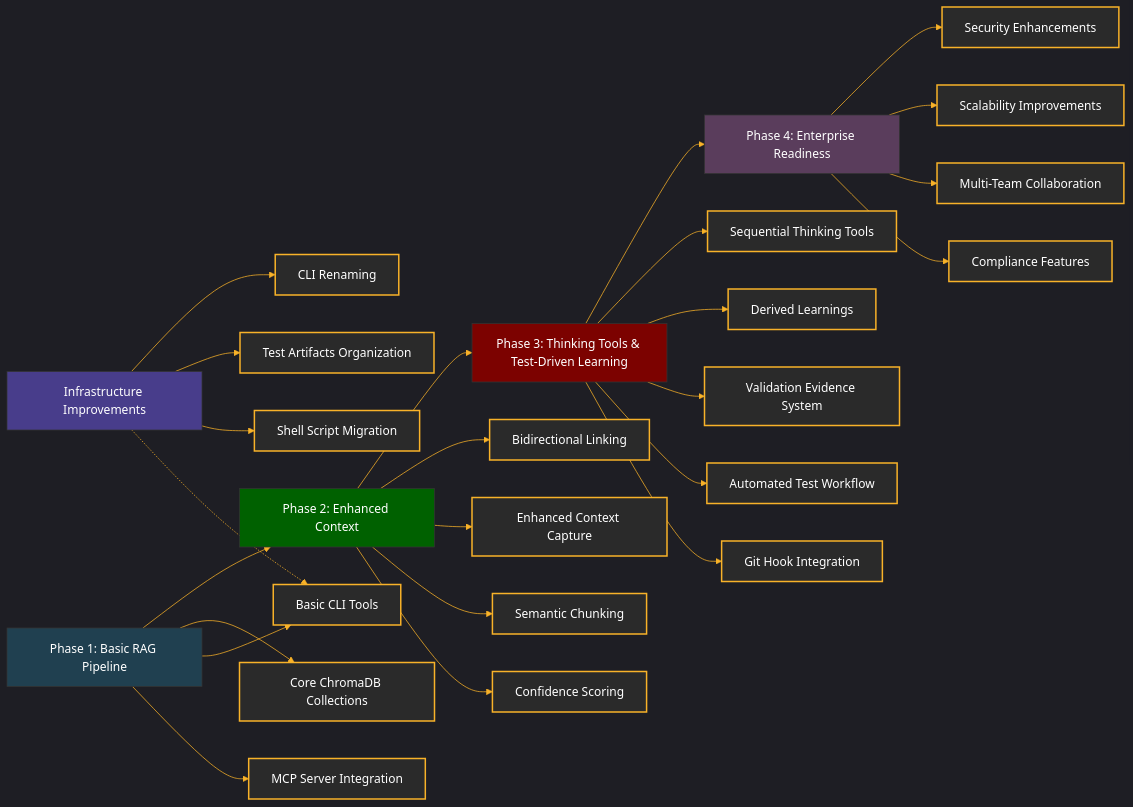
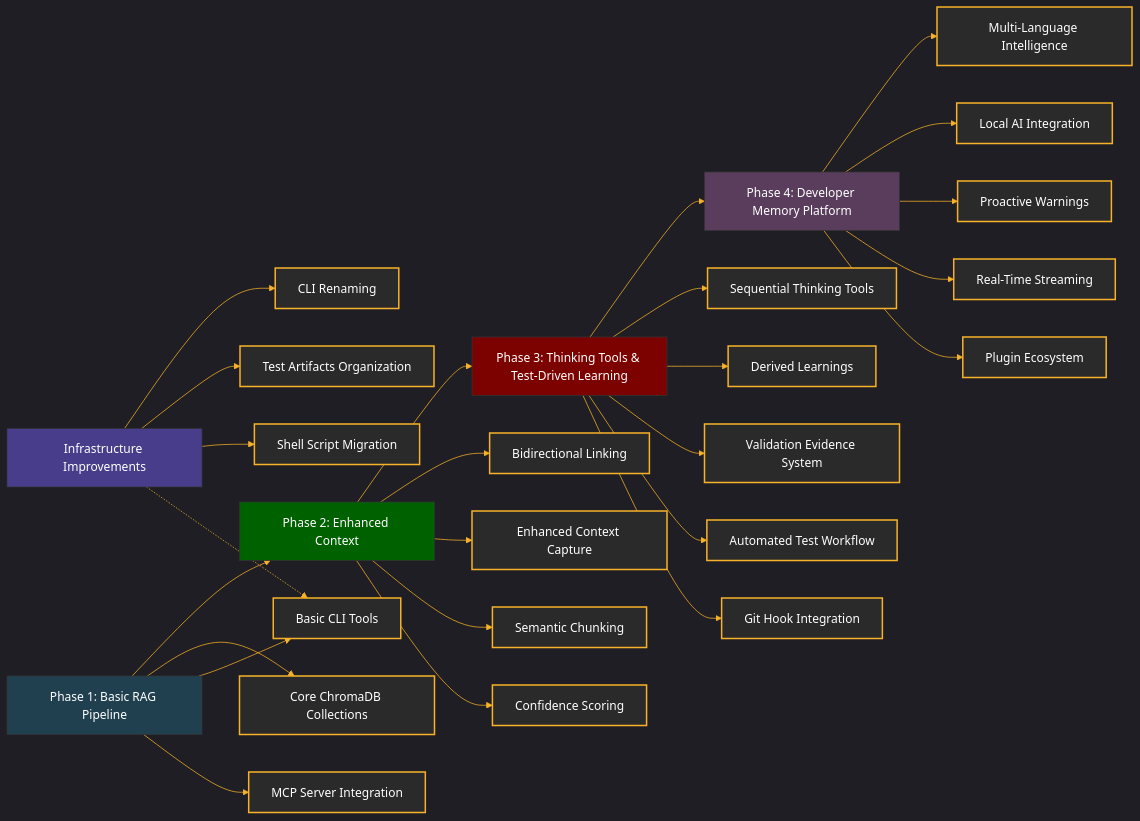
Before and after one commit to somebloke1/chroma_mcp_server: the diagram in docs/refactoring/README.md, drawn with Mermaid. The commit also changed other lines of this file and 3 other files, not shown here.

````diff
--- a/docs/refactoring/README.md
+++ b/docs/refactoring/README.md
@@ -28,54 +28,56 @@
 ```mermaid
 %%{init: {
   'theme': 'dark',
   'themeVariables': {
     'primaryColor': '#2a2a2a',
     'primaryTextColor': '#fff',
     'primaryBorderColor': '#7C0200',
     'lineColor': '#F8B229',
     'secondaryColor': '#006100',
     'tertiaryColor': '#204050'
   }
 }}%%
 flowchart LR
     classDef phase1 fill:#204050,stroke:#333,stroke-width:1px,color:white
     classDef phase2 fill:#006100,stroke:#333,stroke-width:1px,color:white
     classDef phase3 fill:#7C0200,stroke:#333,stroke-width:1px,color:white
     classDef phase4 fill:#5a3d5c,stroke:#333,stroke-width:1px,color:white
+    classDef phase5 fill:#8B4513,stroke:#333,stroke-width:1px,color:white
     classDef component fill:#2a2a2a,stroke:#F8B229,stroke-width:2px,color:white
     classDef infra fill:#483D8B,stroke:#333,stroke-width:1px,color:white
     
     %% Timeline flow
-    P1[Phase 1: Basic RAG Pipeline]:::phase1 --> P2[Phase 2: Enhanced Context]:::phase2 --> P3[Phase 3: Thinking Tools & Test-Driven Learning]:::phase3 --> P4[Phase 4: Enterprise Readiness]:::phase4
+    P1[Phase 1: Basic RAG Pipeline]:::phase1 --> P2[Phase 2: Enhanced Context]:::phase2 --> P3[Phase 3: Thinking Tools & Test-Driven Learning]:::phase3 --> P4[Phase 4: Developer Memory Platform]:::phase4
     
     %% Infrastructure improvements
     INFRA[Infrastructure Improvements]:::infra
     INFRA --> CR[CLI Renaming]:::component
     INFRA --> TA[Test Artifacts Organization]:::component
     INFRA --> SSM[Shell Script Migration]:::component
     
     %% Phase 1 components
     P1 --> CR1[Core ChromaDB Collections]:::component
     P1 --> CLI1[Basic CLI Tools]:::component
     P1 --> MCP1[MCP Server Integration]:::component
     INFRA -.-> CLI1
 
     %% Phase 2 components
     P2 --> BL[Bidirectional Linking]:::component
     P2 --> EC[Enhanced Context Capture]:::component
     P2 --> SC[Semantic Chunking]:::component
     P2 --> CS[Confidence Scoring]:::component
     
     %% Phase 3 components
     P3 --> TT[Sequential Thinking Tools]:::component
     P3 --> DL[Derived Learnings]:::component
     P3 --> VE[Validation Evidence System]:::component
     P3 --> TW[Automated Test Workflow]:::component
     P3 --> GH[Git Hook Integration]:::component
     
     %% Phase 4 components (planned)
-    P4 --> SE[Security Enhancements]:::component
-    P4 --> SC2[Scalability Improvements]:::component
-    P4 --> MT[Multi-Team Collaboration]:::component
-    P4 --> CO[Compliance Features]:::component
+    P4 --> ML[Multi-Language Intelligence]:::component
+    P4 --> AI[Local AI Integration]:::component
+    P4 --> PW[Proactive Warnings]:::component
+    P4 --> RT[Real-Time Streaming]:::component
+    P4 --> PE[Plugin Ecosystem]:::component
 ```
````
